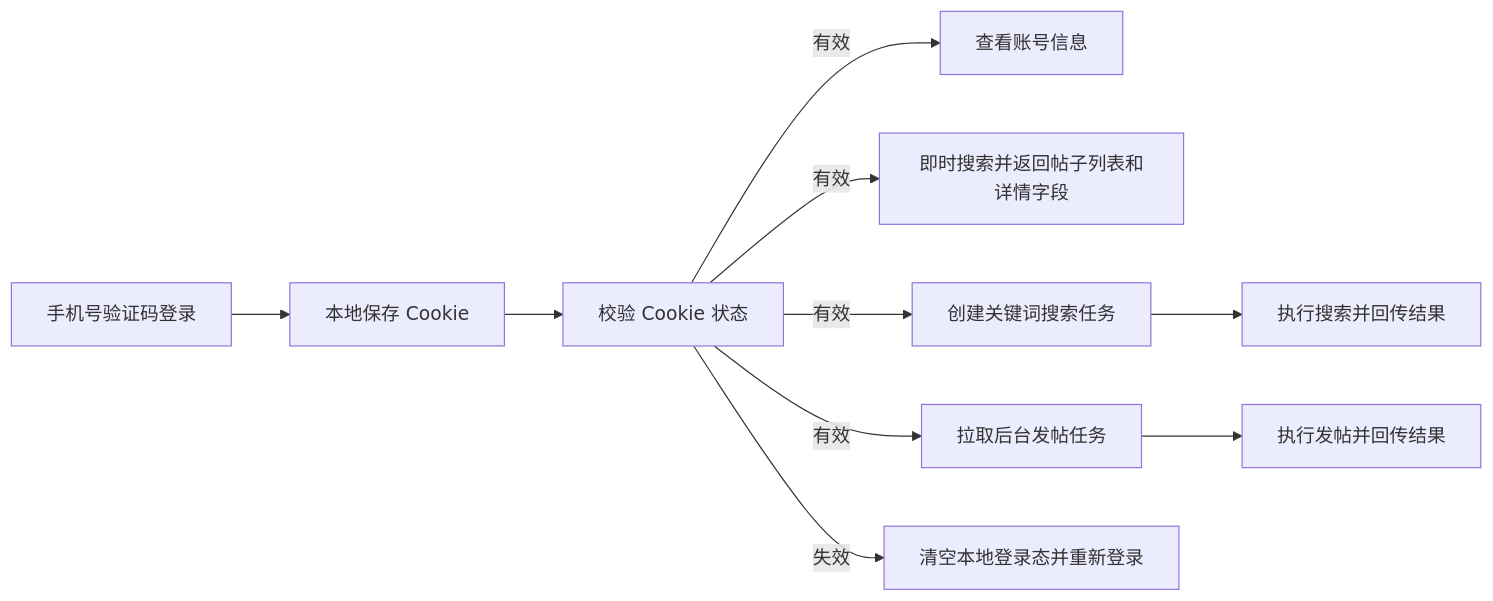
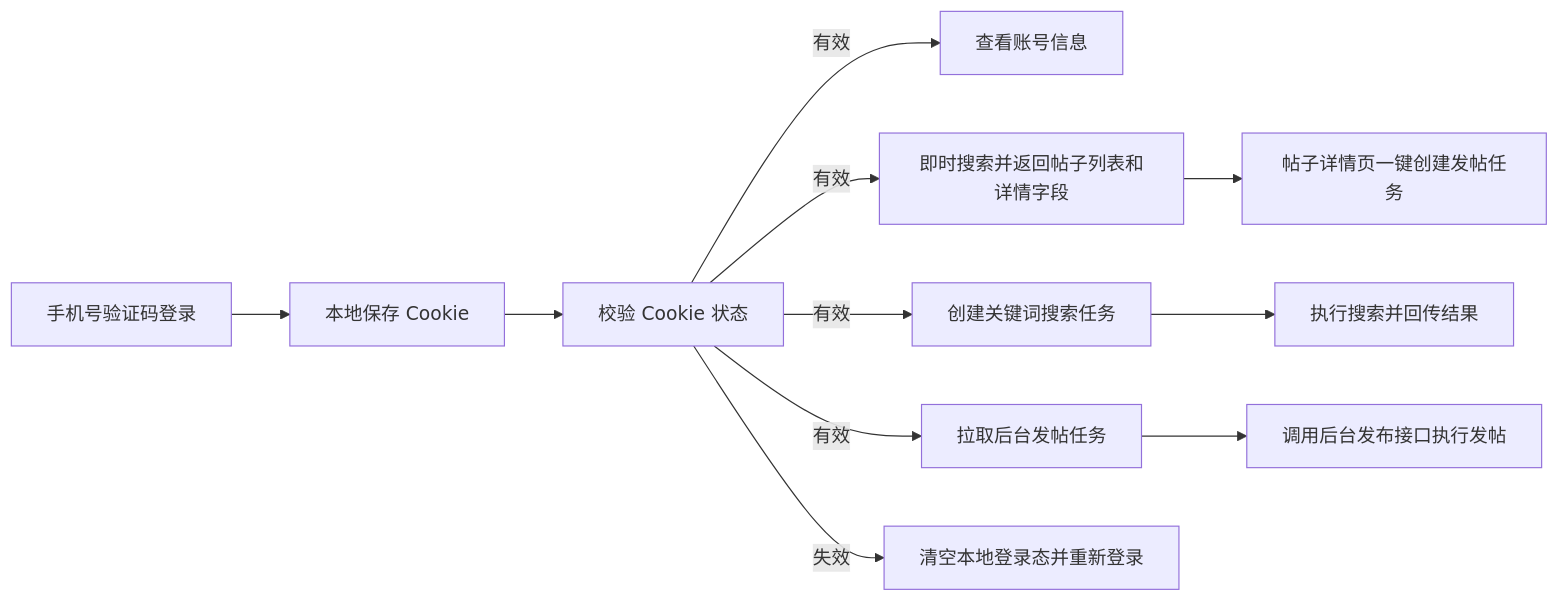
Before and after one commit to guoyanggmail/Spider_XHS: the diagram in android/docs/TECHNICAL_DESIGN.md, drawn with Mermaid. The commit also changed other lines of this file and 21 other files, not shown here.

````diff
--- a/android/docs/TECHNICAL_DESIGN.md
+++ b/android/docs/TECHNICAL_DESIGN.md
@@ -20,12 +19,13 @@
 ```mermaid
 flowchart LR
     A["手机号验证码登录"] --> B["本地保存 Cookie"]
     B --> C["校验 Cookie 状态"]
     C -->|有效| D["查看账号信息"]
     C -->|有效| E["即时搜索并返回帖子列表和详情字段"]
+    E --> E1["帖子详情页一键创建发帖任务"]
     C -->|有效| F["创建关键词搜索任务"]
     F --> G["执行搜索并回传结果"]
     C -->|有效| H["拉取后台发帖任务"]
-    H --> I["执行发帖并回传结果"]
+    H --> I["调用后台发布接口执行发帖"]
     C -->|失效| J["清空本地登录态并重新登录"]
 ```
````
